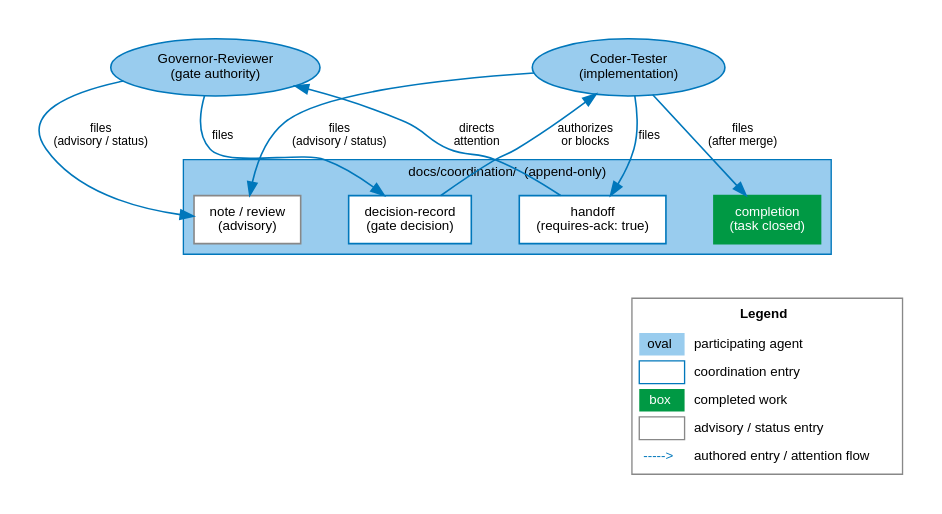
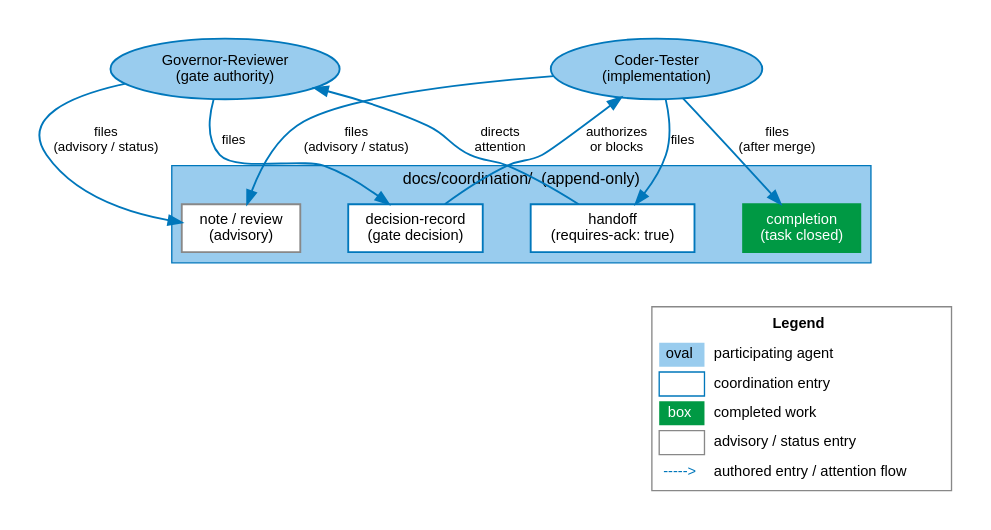
The diagram in agf/docs/figures/src/coordination-channel.dot (janipaijanen/agf-mirror), drawn with Graphviz before and after one commit. The commit also changed 32 other files, not shown here.

Commit message:
docs: normalize figure readability standards

```diff
--- a/agf/docs/figures/src/coordination-channel.dot
+++ b/agf/docs/figures/src/coordination-channel.dot
@@ -1,51 +1,51 @@
 // SPDX-License-Identifier: CC-BY-SA-4.0
 // agents-govern: coordination channel and handoff resolution
 // Generate: dot -Tsvg coordination-channel.dot -o ../coordination-channel.svg
 digraph coord_channel {
     graph [rankdir=TB, splines=spline, pad=0.3, nodesep=0.5, ranksep=0.55,
-           fontname="Helvetica", fontsize=11]
-    node  [fontname="Helvetica", fontsize=10, style=filled, shape=box,
-           fillcolor=white, color="#0077BB", penwidth=1.2]
-    edge  [fontname="Helvetica", fontsize=9, color="#0077BB", penwidth=1.2]
+           bgcolor=white, fontname="Helvetica", fontsize=12]
+    node  [fontname="Helvetica", fontsize=11, style=filled, shape=box,
+           fillcolor=white, color="#0077BB", penwidth=1.4]
+    edge  [fontname="Helvetica", fontsize=10, color="#0077BB", penwidth=1.4]
 
     subgraph cluster_channel {
         label="docs/coordination/  (append-only)"
         style=filled
         fillcolor="#99CCEE"
         color="#0077BB"
         fontname="Helvetica"
-        fontsize=10
+        fontsize=12
 
         handoff   [label="handoff\n(requires-ack: true)", fillcolor=white]
         decision  [label="decision-record\n(gate decision)", fillcolor=white]
         completion [label="completion\n(task closed)", fillcolor="#009944",
                    fontcolor=white, color="#009944"]
         note      [label="note / review\n(advisory)", fillcolor=white,
                    color="#888888"]
     }
 
     agent_a  [label="Coder-Tester\n(implementation)", shape=ellipse,
               fillcolor="#99CCEE"]
     agent_b  [label="Governor-Reviewer\n(gate authority)", shape=ellipse,
               fillcolor="#99CCEE"]
 
     agent_a  -> handoff   [label="files"]
     handoff  -> agent_b   [label="directs\nattention"]
     agent_b  -> decision  [label="files"]
     decision -> agent_a   [label="authorizes\nor blocks"]
     agent_a  -> completion [label="files\n(after merge)"]
     agent_a  -> note      [label="files\n(advisory / status)"]
     agent_b  -> note      [label="files\n(advisory / status)"]
 
     legend [shape=plain, label=<
         <TABLE BORDER="1" CELLBORDER="0" CELLSPACING="4" CELLPADDING="3" COLOR="#888888" BGCOLOR="white">
             <TR><TD COLSPAN="2"><B>Legend</B></TD></TR>
             <TR><TD BGCOLOR="#99CCEE" WIDTH="28">oval</TD><TD ALIGN="LEFT">participating agent</TD></TR>
             <TR><TD BORDER="1" COLOR="#0077BB" WIDTH="28"></TD><TD ALIGN="LEFT">coordination entry</TD></TR>
             <TR><TD BGCOLOR="#009944" WIDTH="28"><FONT COLOR="white">box</FONT></TD><TD ALIGN="LEFT">completed work</TD></TR>
             <TR><TD BORDER="1" COLOR="#888888" WIDTH="28"></TD><TD ALIGN="LEFT">advisory / status entry</TD></TR>
             <TR><TD><FONT COLOR="#0077BB">-----&gt;</FONT></TD><TD ALIGN="LEFT">authored entry / attention flow</TD></TR>
         </TABLE>
     >]
     completion -> legend [style=invis]
 }
```
